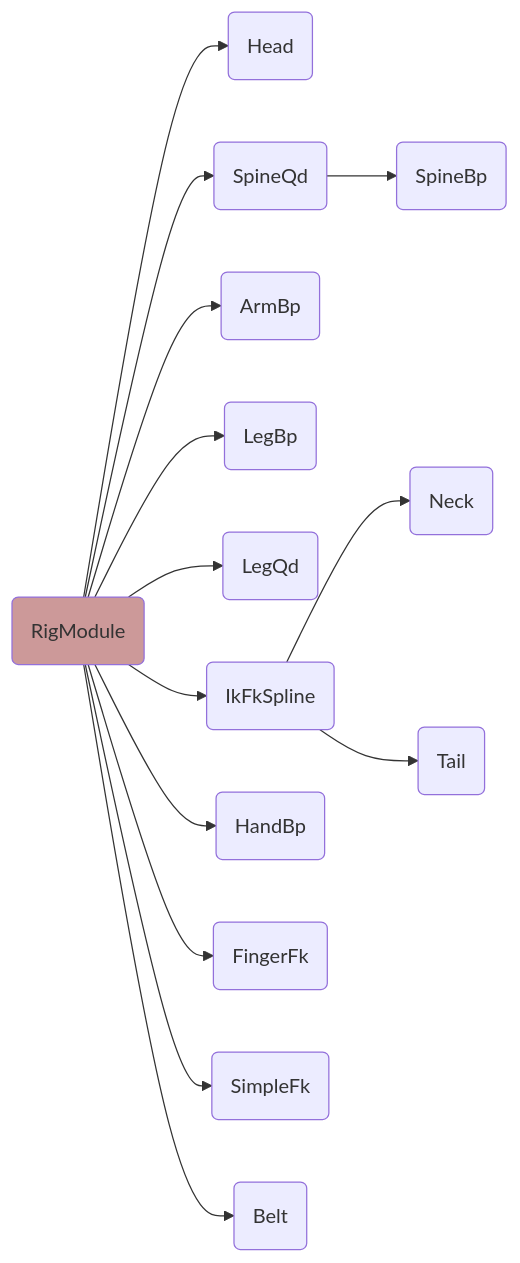
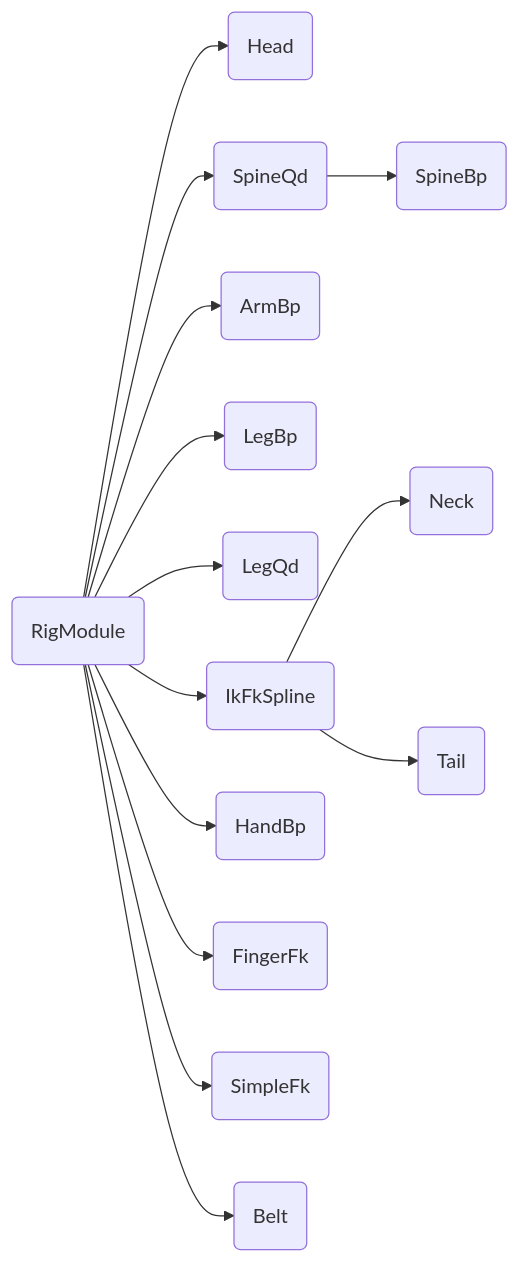
Before and after one commit to nickyliux/nl_rigging_tools: the second of 2 diagrams in README.md, drawn with Mermaid. The commit also changed other lines of this file and 2 other files, not shown here.

````diff
--- a/README.md
+++ b/README.md
@@ -127,18 +126,17 @@
 ```mermaid
 
 flowchart LR
     id1(RigModule) --> id2(Head)
     id1(RigModule) --> id3(SpineQd)
     id3(SpineQd) --> id4(SpineBp)
     id1(RigModule) --> id5(ArmBp)
     id1(RigModule) --> id6(LegBp)
     id1(RigModule) --> id7(LegQd)
     id1(RigModule) --> id8(IkFkSpline)
     id8(IkFkSpline) --> id9(Neck)
     id8(IkFkSpline) --> id10(Tail)
     id1(RigModule) --> id11(HandBp)
     id1(RigModule) --> id12(FingerFk)
     id1(RigModule) --> id13(SimpleFk)
     id1(RigModule) --> id14(Belt)
-    style id1 fill:#c99
 ```
````
